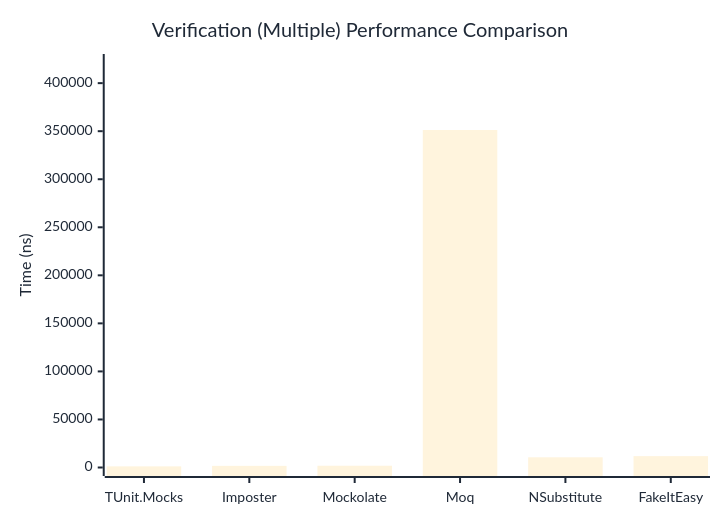
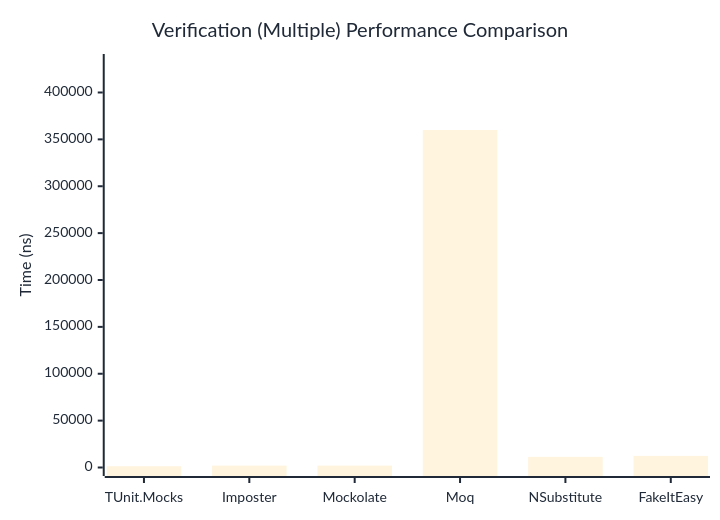
One commit to thomhurst/TUnit changed the third of 3 diagrams in docs/docs/benchmarks/mocks/Verification.md. Above: the diagram before and after it, drawn with Mermaid. The commit also changed other lines of this file and 14 other files, not shown here.

````diff
--- a/docs/docs/benchmarks/mocks/Verification.md
+++ b/docs/docs/benchmarks/mocks/Verification.md
@@ -110,27 +110,27 @@
 ```mermaid
 %%{init: {
   'theme':'base',
   'themeVariables': {
     'primaryColor': '#2563eb',
     'primaryTextColor': '#1f2937',
     'primaryBorderColor': '#1e40af',
     'lineColor': '#6b7280',
     'secondaryColor': '#7c3aed',
     'tertiaryColor': '#dc2626',
     'background': '#ffffff',
     'pie1': '#2563eb',
     'pie2': '#7c3aed',
     'pie3': '#dc2626',
     'pie4': '#f59e0b',
     'pie5': '#10b981',
     'pie6': '#06b6d4',
     'pie7': '#ec4899',
     'pie8': '#6366f1'
   }
 }}%%
 xychart-beta
   title "Verification (Multiple) Performance Comparison"
   x-axis ["TUnit.Mocks", "Imposter", "Mockolate", "Moq", "NSubstitute", "FakeItEasy"]
-  y-axis "Time (ns)" 0 --> 421484
-  bar [1171.04, 1706.3, 1847, 351236.24, 10623.03, 11833.85]
+  y-axis "Time (ns)" 0 --> 431993
+  bar [1337.8, 1984.41, 2015.36, 359994.11, 11325.34, 12353.64]
 ```
````
